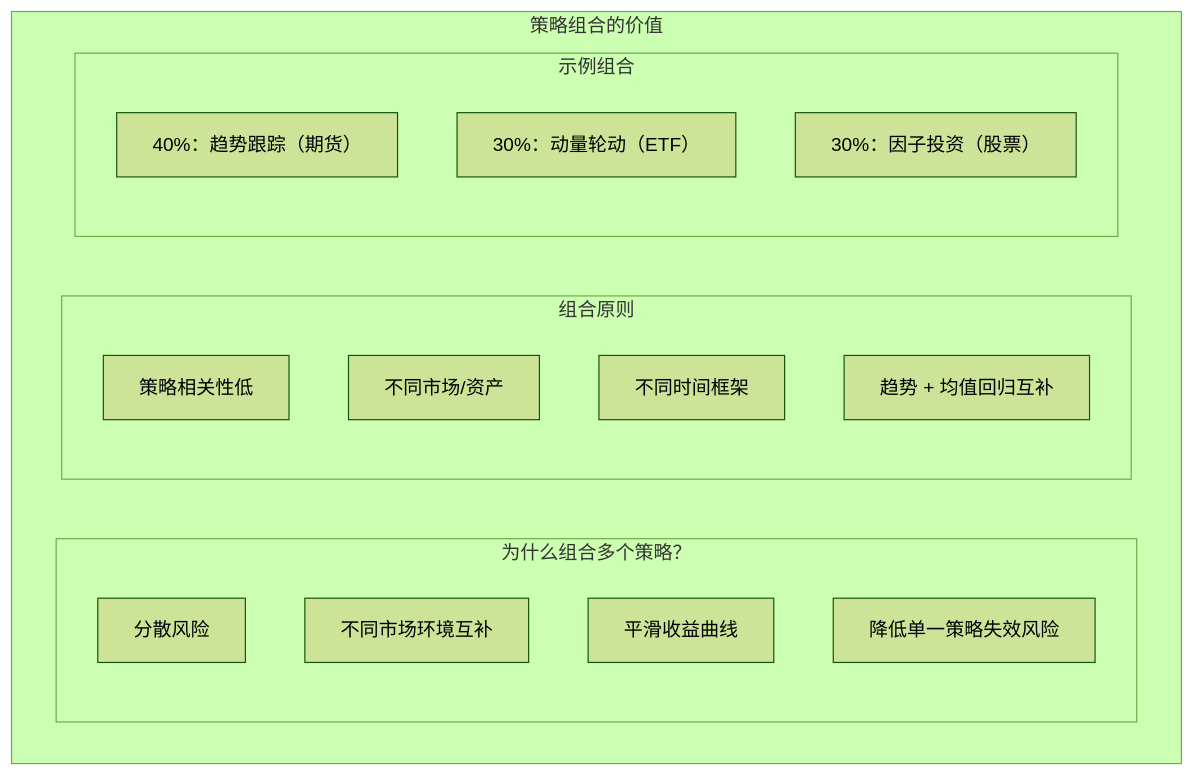
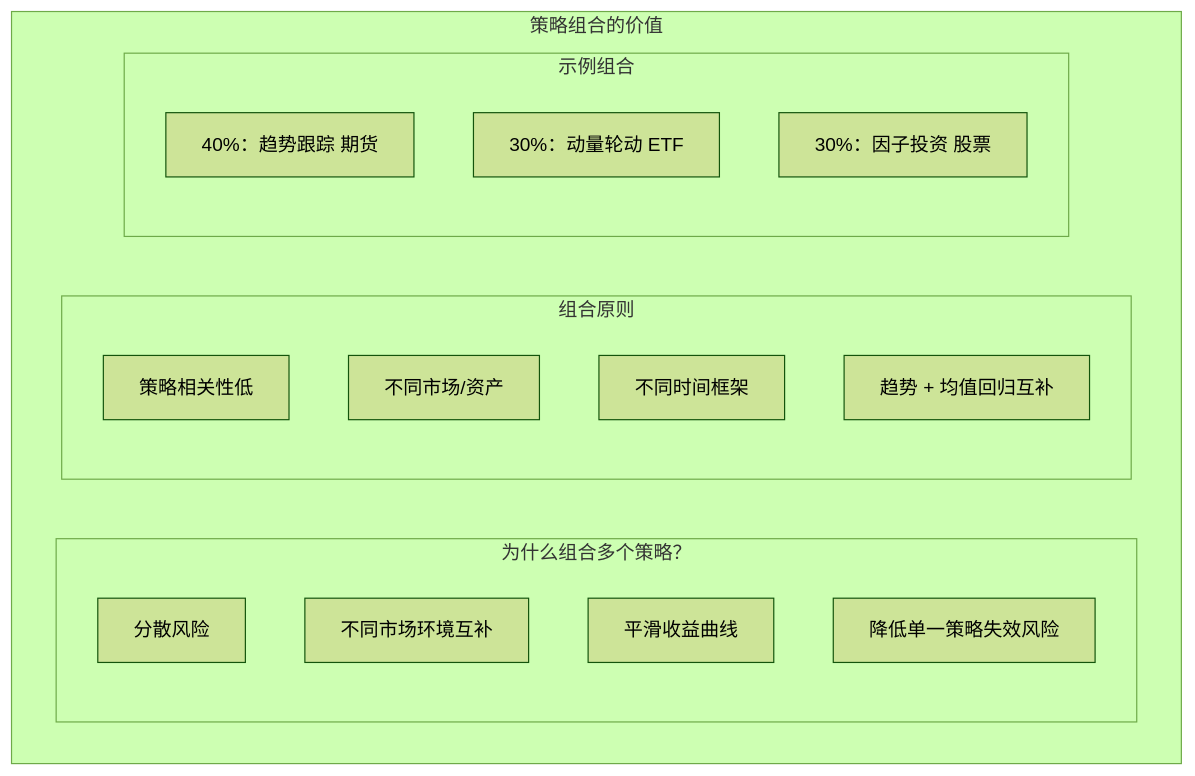
Before and after one commit to jpixy/jpixy.github.io: diagram 14 of 17 in content/articles/quant/quant-05-个人量化常用策略详解.md, drawn with Mermaid (forest theme). The commit also changed other lines of this file and 66 other files, not shown here.

Commit message:
fix: resolve Mermaid syntax errors by removing parentheses in node labels

````diff
--- a/content/articles/quant/quant-05-个人量化常用策略详解.md
+++ b/content/articles/quant/quant-05-个人量化常用策略详解.md
@@ -452,22 +452,22 @@
 ```mermaid
 graph TB
     subgraph 策略组合["策略组合的价值"]
         subgraph 为什么["为什么组合多个策略？"]
             W1["分散风险"]
             W2["不同市场环境互补"]
             W3["平滑收益曲线"]
             W4["降低单一策略失效风险"]
         end
         subgraph 组合原则
             Y1["策略相关性低"]
             Y2["不同市场/资产"]
             Y3["不同时间框架"]
             Y4["趋势 + 均值回归互补"]
         end
         subgraph 示例组合
-            S1["40%：趋势跟踪（期货）"]
-            S2["30%：动量轮动（ETF）"]
-            S3["30%：因子投资（股票）"]
+            S1["40%：趋势跟踪 期货"]
+            S2["30%：动量轮动 ETF"]
+            S3["30%：因子投资 股票"]
         end
     end
 ```
````
